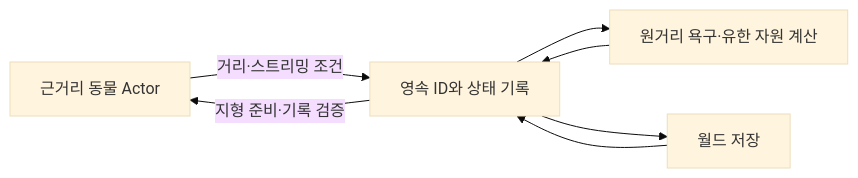
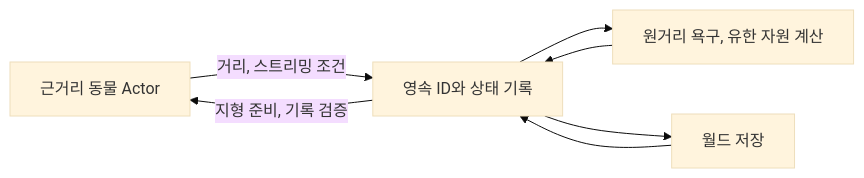
One commit to rhwjdtjs/NONGJANG_Public changed the first of 2 diagrams in docs/ecology-and-persistence.md. Above: the diagram before and after it, drawn with Mermaid (base theme). The commit also changed other lines of this file and 11 other files, not shown here.

````diff
--- a/docs/ecology-and-persistence.md
+++ b/docs/ecology-and-persistence.md
@@ -11,9 +11,9 @@
 ```mermaid
 flowchart LR
-  A["근거리 동물 Actor"] -->|"거리·스트리밍 조건"| B["영속 ID와 상태 기록"]
-  B --> C["원거리 욕구·유한 자원 계산"]
+  A["근거리 동물 Actor"] -->|"거리, 스트리밍 조건"| B["영속 ID와 상태 기록"]
+  B --> C["원거리 욕구, 유한 자원 계산"]
   C --> B
-  B -->|"지형 준비·기록 검증"| A
+  B -->|"지형 준비, 기록 검증"| A
   B --> D["월드 저장"]
   D --> B
 ```
````
